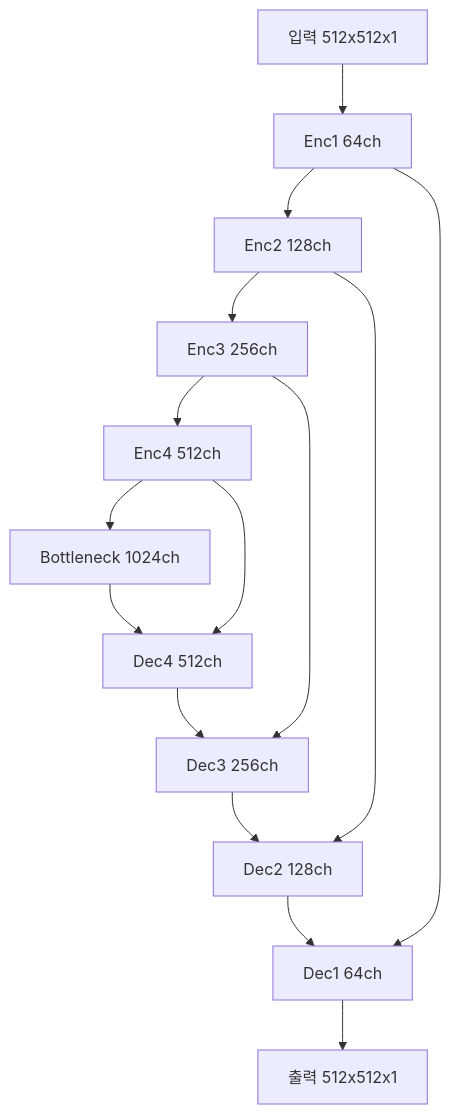
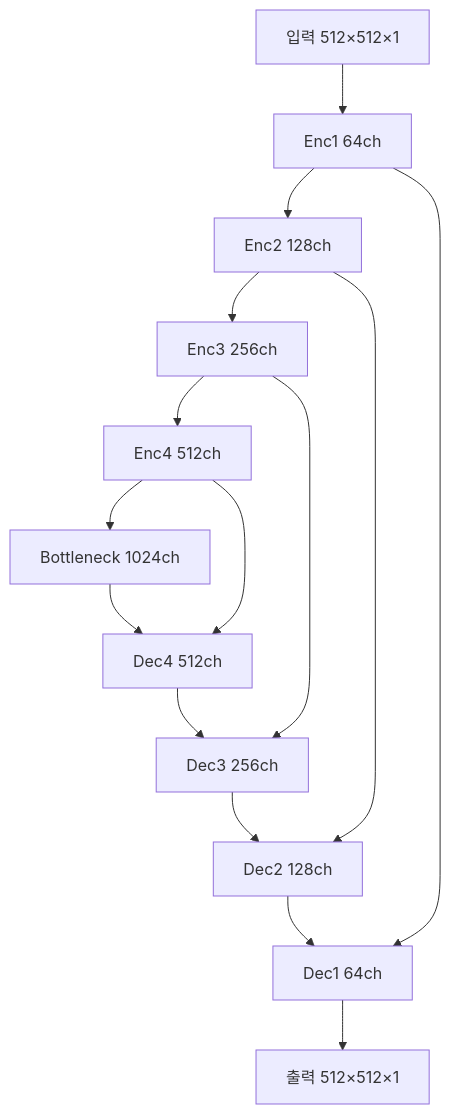
One commit to c0z0c/sprint_mission changed the second of 6 diagrams in 스프린트미션_작업중/미션5_4팀_김명환.md. Above: the diagram before and after it, drawn with Mermaid. The commit also changed other lines of this file, not shown here.

````diff
--- a/스프린트미션_작업중/미션5_4팀_김명환.md
+++ b/스프린트미션_작업중/미션5_4팀_김명환.md
@@ -121,18 +118,18 @@
 ```mermaid
 graph TD
-    A[입력 512x512x1] --> B[Enc1 64ch]
-    B --> C[Enc2 128ch]
-    C --> D[Enc3 256ch]
-    D --> E[Enc4 512ch]
-    E --> F[Bottleneck 1024ch]
+    A["입력 512×512×1"] --> B["Enc1 64ch"]
+    B --> C["Enc2 128ch"]
+    C --> D["Enc3 256ch"]
+    D --> E["Enc4 512ch"]
+    E --> F["Bottleneck 1024ch"]
     
-    F --> G[Dec4 512ch]
+    F --> G["Dec4 512ch"]
     E --> G
-    G --> H[Dec3 256ch]
+    G --> H["Dec3 256ch"]
     D --> H
-    H --> I[Dec2 128ch]
+    H --> I["Dec2 128ch"]
     C --> I
-    I --> J[Dec1 64ch]
+    I --> J["Dec1 64ch"]
     B --> J
-    J --> K[출력 512x512x1]
+    J --> K["출력 512×512×1"]
 ```
````
